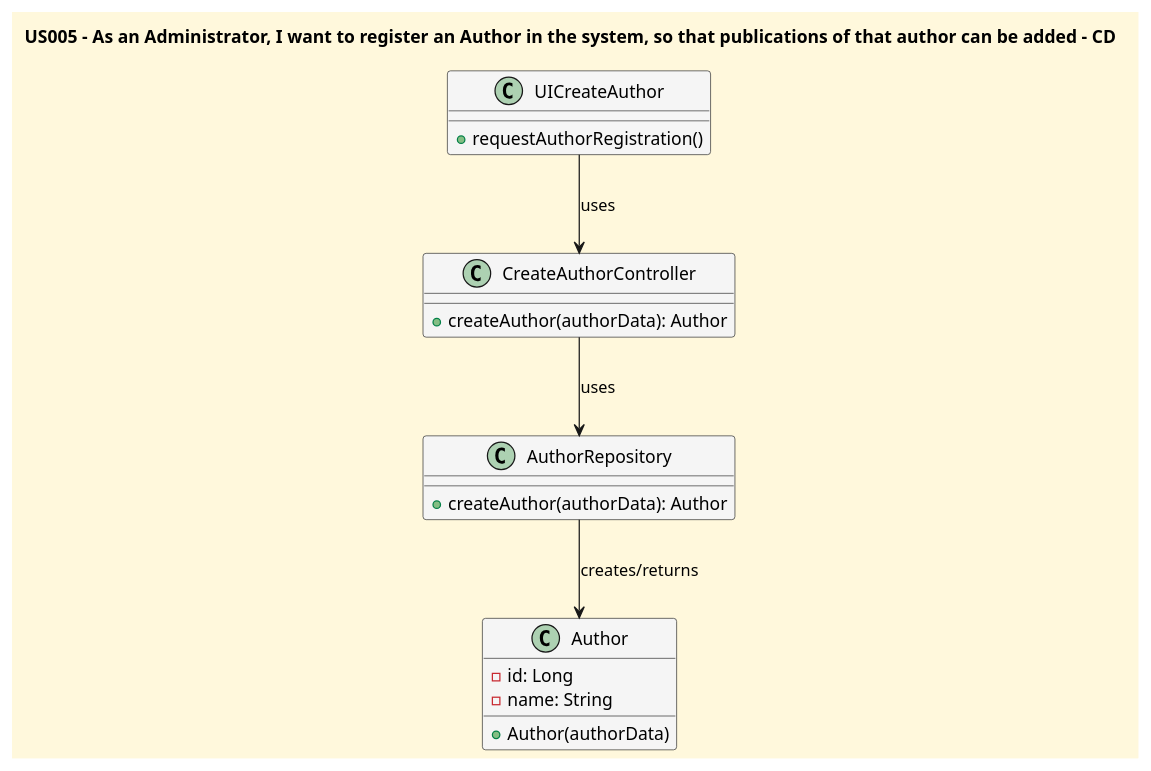
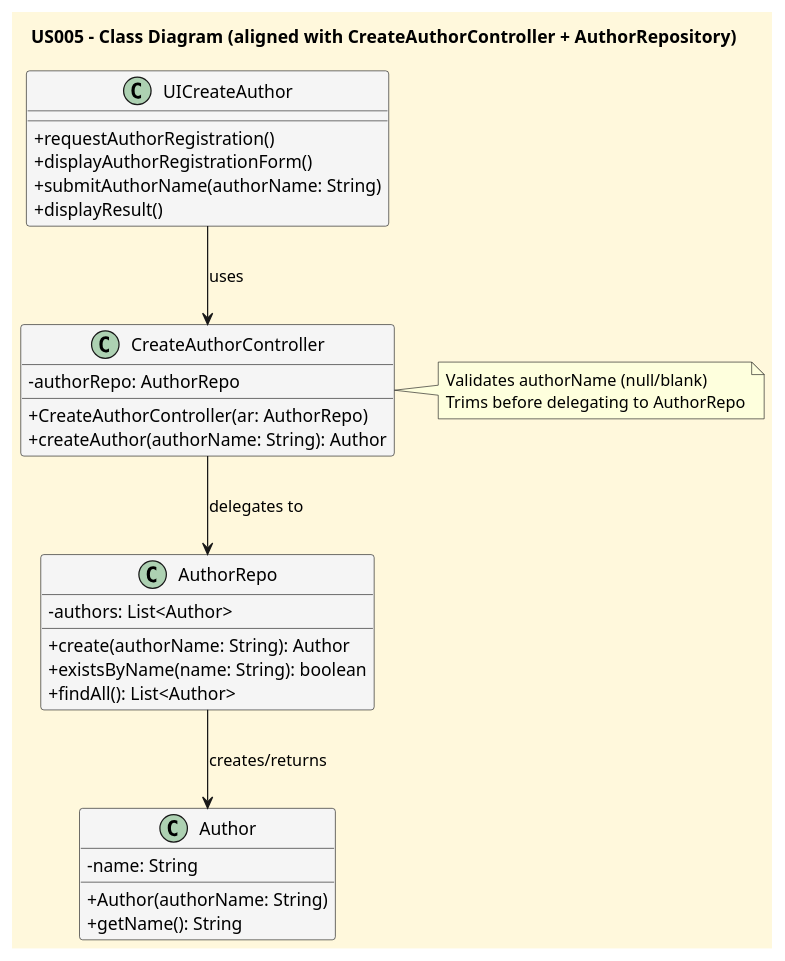
Before and after one commit to CarolinaLeite-collab/JavaMarketplacePlatform: the diagram in docs/userStories/US005/US005_to_register_an_author_CD.puml, drawn with PlantUML.

Commit message:
Resolves #133: Added Class Diagram for US005

```diff
--- a/docs/userStories/US005/US005_to_register_an_author_CD.puml
+++ b/docs/userStories/US005/US005_to_register_an_author_CD.puml
@@ -1,33 +1,47 @@
 @startuml
-title US005 - As an Administrator, I want to register an Author in the system, so that publications of that author can be added - CD
+title US005 - Class Diagram (aligned with CreateAuthorController + AuthorRepository)
 
 skinparam monochrome false
 skinparam shadowing false
 skinparam defaultFontName Futura
 skinparam backgroundColor CornSilk
 skinparam classBackgroundColor WhiteSmoke
+skinparam classAttributeIconSize 0
+
 
 class UICreateAuthor {
   +requestAuthorRegistration()
+  +displayAuthorRegistrationForm()
+  +submitAuthorName(authorName: String)
+  +displayResult()
 }
 
 class CreateAuthorController {
-  +createAuthor(authorData): Author
+  -authorRepo: AuthorRepo
+  +CreateAuthorController(ar: AuthorRepo)
+  +createAuthor(authorName: String): Author
 }
 
-class AuthorRepository {
-  +createAuthor(authorData): Author
+note right of CreateAuthorController
+Validates authorName (null/blank)
+Trims before delegating to AuthorRepo
+end note
+
+class AuthorRepo {
+  -authors: List<Author>
+  +create(authorName: String): Author
+  +existsByName(name: String): boolean
+  +findAll(): List<Author>
 }
 
 class Author {
-  -id: Long
   -name: String
-  +Author(authorData)
+  +Author(authorName: String)
+  +getName(): String
 }
 
-
 UICreateAuthor --> CreateAuthorController : uses
-CreateAuthorController --> AuthorRepository : uses
-AuthorRepository --> Author : creates/returns
+CreateAuthorController --> AuthorRepo : delegates to
+AuthorRepo --> Author : creates/returns
 
 @enduml
```
